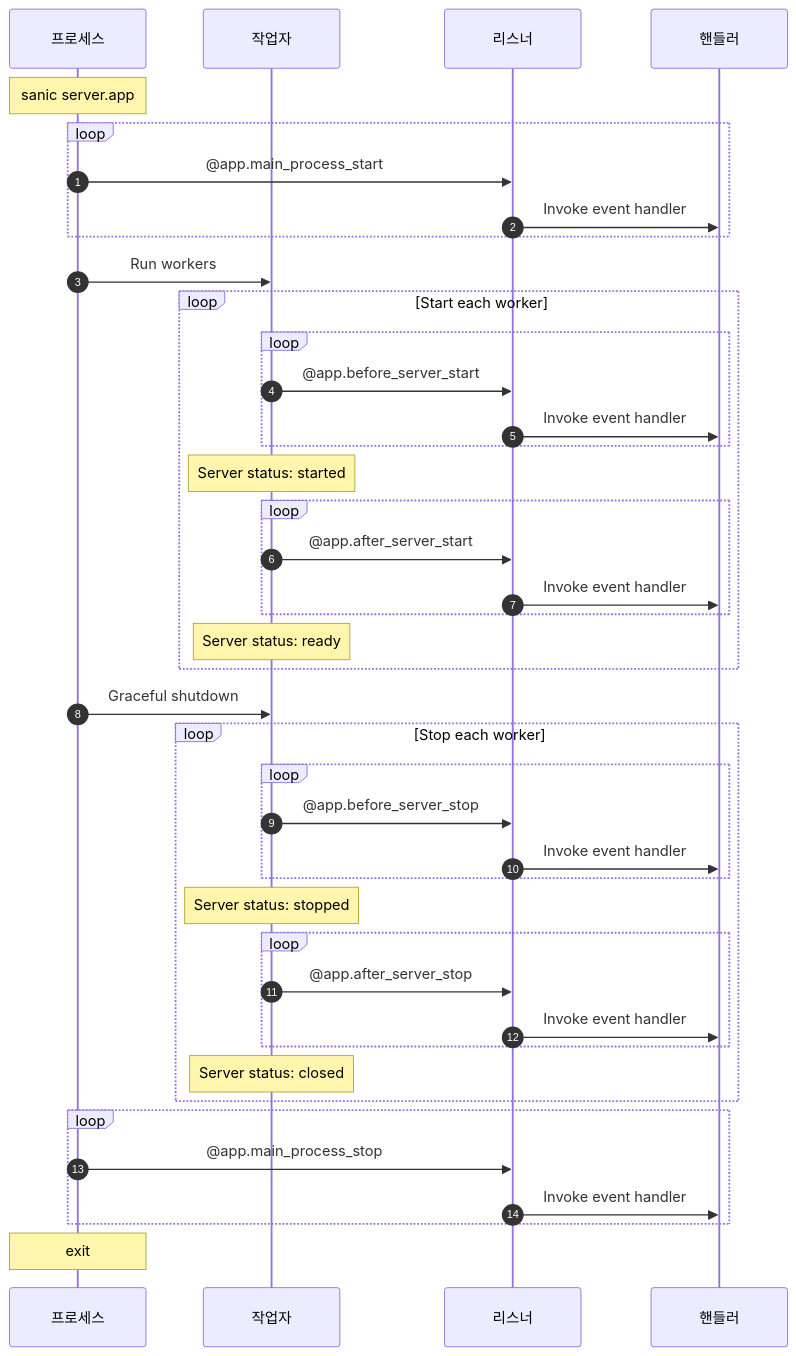
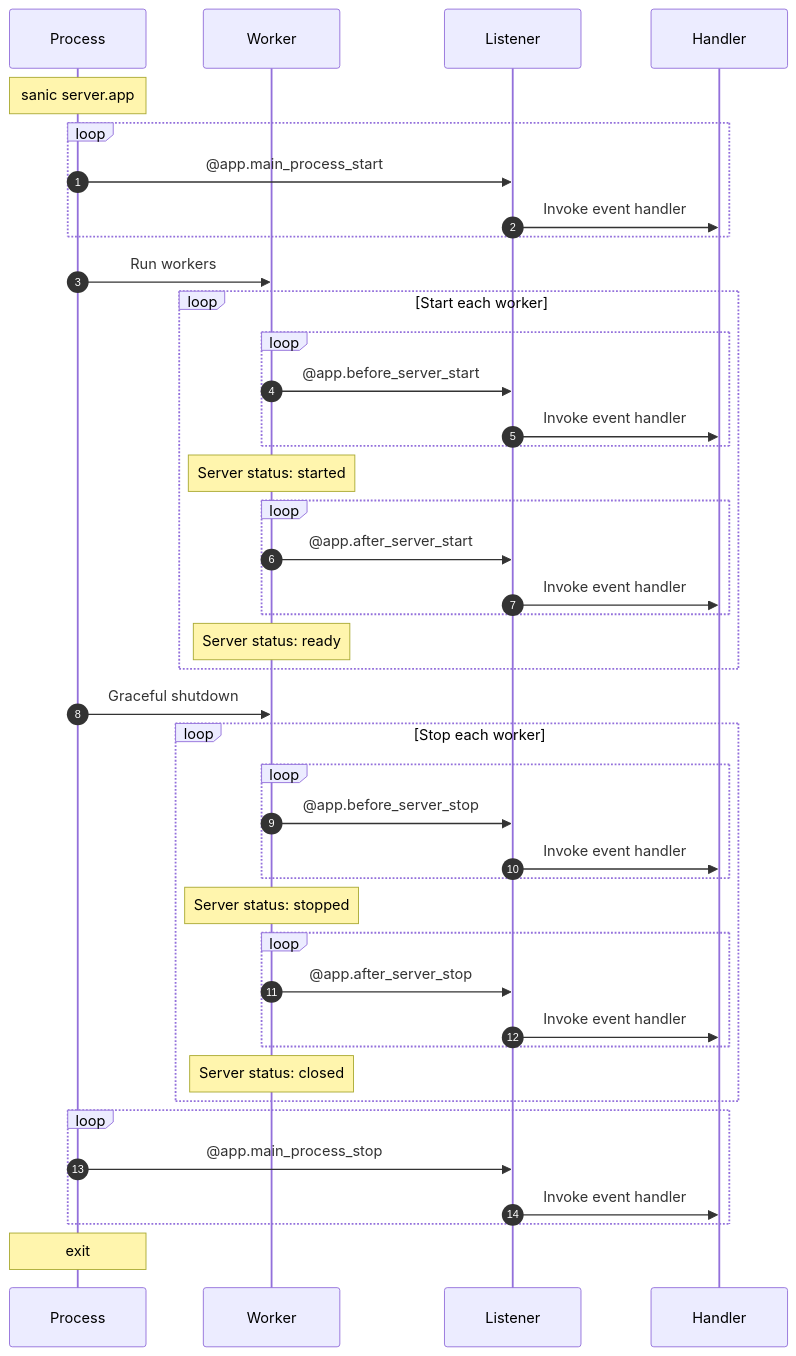
The diagram in src/ko/guide/basics/listeners.md (sanic-org/sanic-guide), drawn with Mermaid before and after one commit. The commit also changed other lines of this file and 10 other files, not shown here.

````diff
--- a/src/ko/guide/basics/listeners.md
+++ b/src/ko/guide/basics/listeners.md
@@ -22,44 +20,44 @@
 ```mermaid
 sequenceDiagram
 autonumber
-participant 프로세스
-participant 작업자
-participant 리스너
-participant 핸들러
-Note over 프로세스: sanic server.app
+participant Process
+participant Worker
+participant Listener
+participant Handler
+Note over Process: sanic server.app
 loop
-    프로세스->>리스너: @app.main_process_start
-    리스너->>핸들러: Invoke event handler
+    Process->>Listener: @app.main_process_start
+    Listener->>Handler: Invoke event handler
 end
-프로세스->>작업자: Run workers
+Process->>Worker: Run workers
 loop Start each worker
     loop
-        작업자->>리스너: @app.before_server_start
-        리스너->>핸들러: Invoke event handler
+        Worker->>Listener: @app.before_server_start
+        Listener->>Handler: Invoke event handler
     end
-    Note over 작업자: Server status: started
+    Note over Worker: Server status: started
     loop
-        작업자->>리스너: @app.after_server_start
-        리스너->>핸들러: Invoke event handler
+        Worker->>Listener: @app.after_server_start
+        Listener->>Handler: Invoke event handler
     end
-    Note over 작업자: Server status: ready
+    Note over Worker: Server status: ready
 end
-프로세스->>작업자: Graceful shutdown
+Process->>Worker: Graceful shutdown
 loop Stop each worker
     loop
-        작업자->>리스너: @app.before_server_stop
-        리스너->>핸들러: Invoke event handler
+        Worker->>Listener: @app.before_server_stop
+        Listener->>Handler: Invoke event handler
     end
-    Note over 작업자: Server status: stopped
+    Note over Worker: Server status: stopped
     loop
-        작업자->>리스너: @app.after_server_stop
-        리스너->>핸들러: Invoke event handler
+        Worker->>Listener: @app.after_server_stop
+        Listener->>Handler: Invoke event handler
     end
-    Note over 작업자: Server status: closed
+    Note over Worker: Server status: closed
 end
 loop
-    프로세스->>리스너: @app.main_process_stop
-    리스너->>핸들러: Invoke event handler
+    Process->>Listener: @app.main_process_stop
+    Listener->>Handler: Invoke event handler
 end
-Note over 프로세스: exit
+Note over Process: exit
 ```
````
